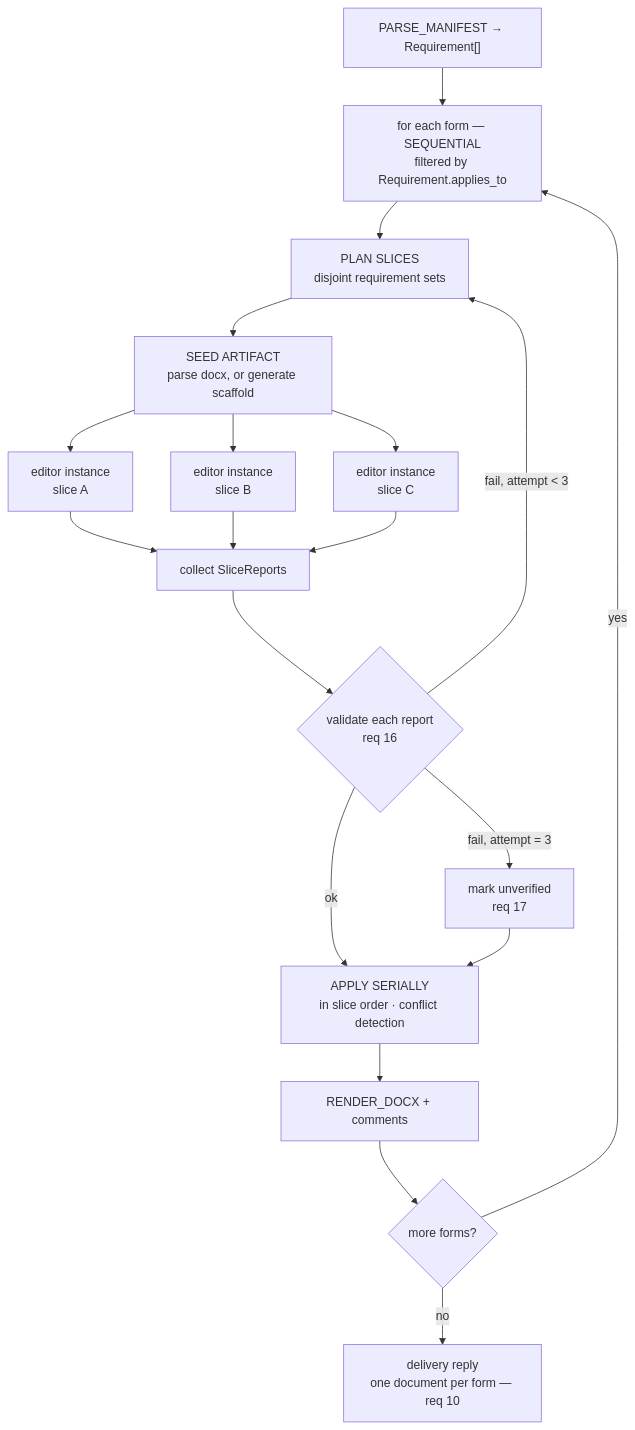
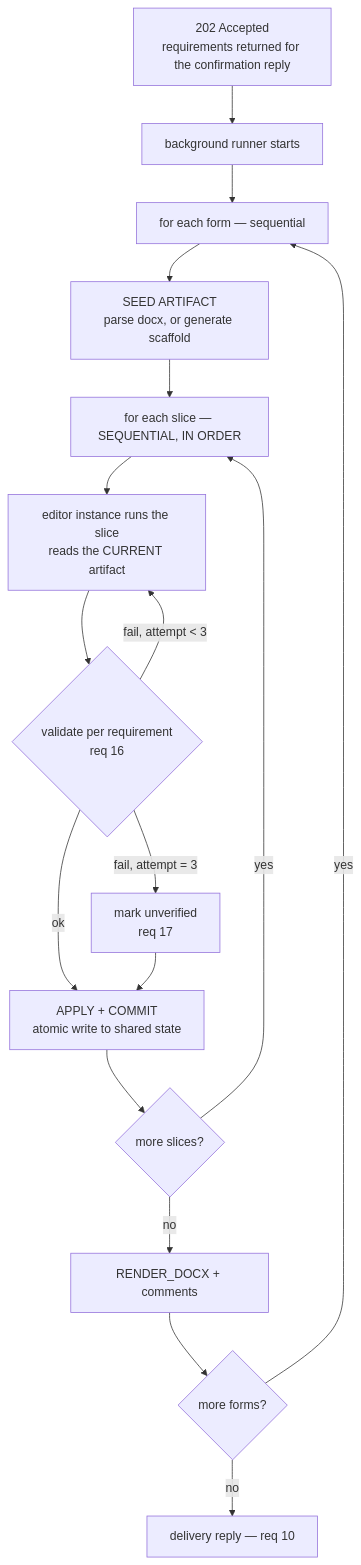
The second of 2 diagrams in docs/app-implementation-plan.md (jjfrackowiak/multimodal-form-filling), drawn with Mermaid before and after one commit. The commit also changed other lines of this file and 1 other file, not shown here.

First line of the commit message:
refactor(design): sequential background runner instead of parallel fan-out

````diff
--- a/docs/app-implementation-plan.md
+++ b/docs/app-implementation-plan.md
@@ -113,21 +113,19 @@
 ```mermaid
 flowchart TD
-    P["PARSE_MANIFEST → Requirement[]"] --> FORM["for each form — SEQUENTIAL<br/>filtered by Requirement.applies_to"]
-    FORM --> PLAN["PLAN SLICES<br/>disjoint requirement sets"]
-    PLAN --> SEED["SEED ARTIFACT<br/>parse docx, or generate scaffold"]
-    SEED --> F1["editor instance<br/>slice A"]
-    SEED --> F2["editor instance<br/>slice B"]
-    SEED --> F3["editor instance<br/>slice C"]
-    F1 --> COL["collect SliceReports"]
-    F2 --> COL
-    F3 --> COL
-    COL --> V{"validate each report<br/>req 16"}
-    V -->|"fail, attempt &lt; 3"| PLAN
+    ACC["202 Accepted<br/>requirements returned for the confirmation reply"] --> BG["background runner starts"]
+    BG --> FORM["for each form — sequential"]
+    FORM --> SEED["SEED ARTIFACT<br/>parse docx, or generate scaffold"]
+    SEED --> SLICE["for each slice — SEQUENTIAL, IN ORDER"]
+    SLICE --> RUN["editor instance runs the slice<br/>reads the CURRENT artifact"]
+    RUN --> V{"validate per requirement<br/>req 16"}
+    V -->|"fail, attempt &lt; 3"| RUN
     V -->|"fail, attempt = 3"| U["mark unverified<br/>req 17"]
-    V -->|ok| AP["APPLY SERIALLY<br/>in slice order · conflict detection"]
+    V -->|ok| AP["APPLY + COMMIT<br/>atomic write to shared state"]
     U --> AP
-    AP --> RND["RENDER_DOCX + comments"]
-    RND --> MORE{"more forms?"}
-    MORE -->|yes| FORM
-    MORE -->|no| DEL["delivery reply<br/>one document per form — req 10"]
+    AP --> MORES{"more slices?"}
+    MORES -->|yes| SLICE
+    MORES -->|no| RND["RENDER_DOCX + comments"]
+    RND --> MOREF{"more forms?"}
+    MOREF -->|yes| FORM
+    MOREF -->|no| DEL["delivery reply — req 10"]
 ```
````
